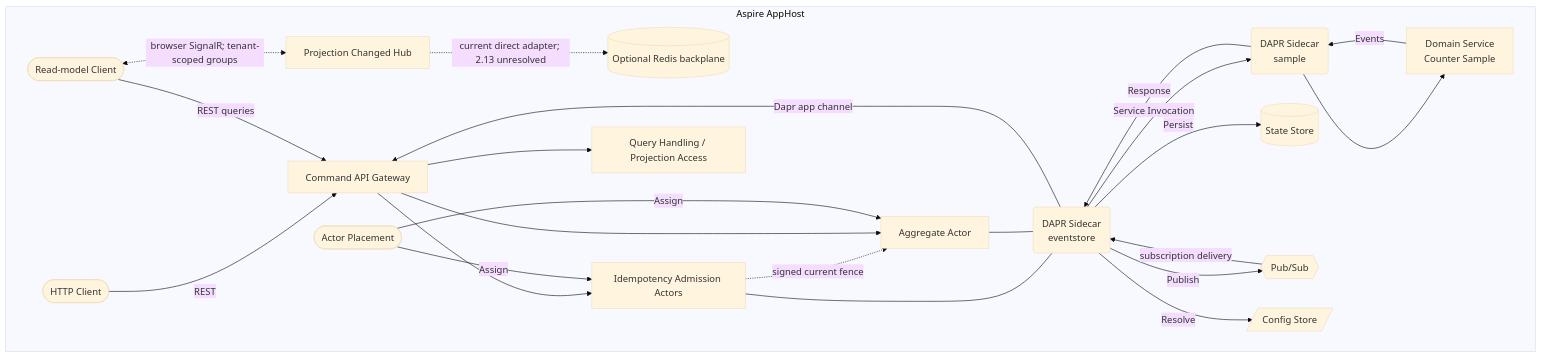
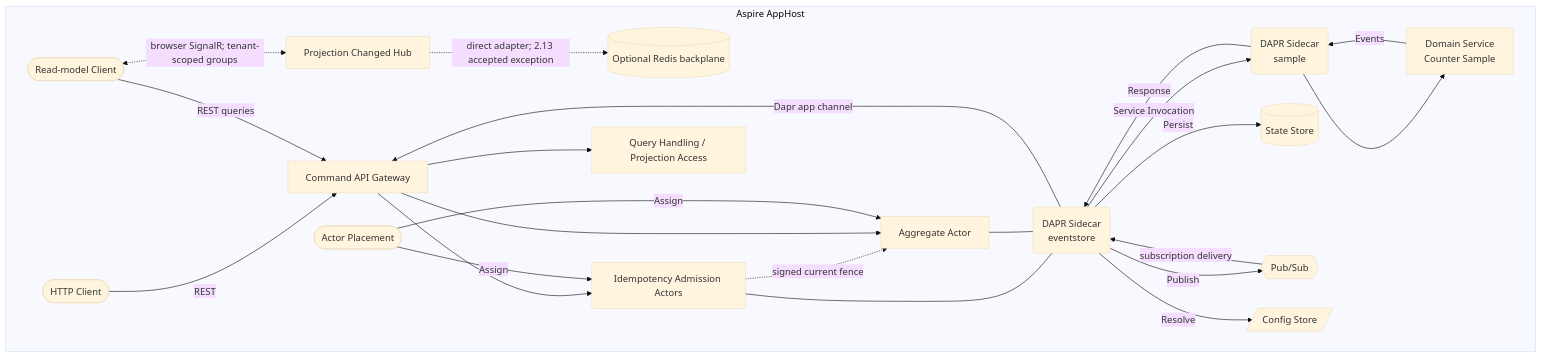
The first of 2 diagrams in docs/concepts/architecture-overview.md (Hexalith/Hexalith.EventStore), drawn with Mermaid (base theme) before and after one commit. The commit also changed other lines of this file and 10 other files, not shown here.

First line of the commit message:
docs(signalr): accept scoped Redis backplane exception for story 2.13

````diff
--- a/docs/concepts/architecture-overview.md
+++ b/docs/concepts/architecture-overview.md
@@ -19,40 +19,40 @@
 ```mermaid
 flowchart TB
     Client([HTTP Client])
     ReadClient([Read-model Client])
 
     subgraph AppHost["Aspire AppHost"]
         EventStore[Command API Gateway]
         CmdSidecar(DAPR Sidecar<br/>eventstore)
         Sample[Domain Service<br/>Counter Sample]
         SampleSidecar(DAPR Sidecar<br/>sample)
         Admission[Idempotency Admission Actors]
         Actor[Aggregate Actor]
         Query[Query Handling / Projection Access]
         SignalRHub[Projection Changed Hub]
         RedisBackplane[(Optional Redis backplane)]
         Placement([Actor Placement])
 
         Client -->|REST| EventStore
         ReadClient -->|REST queries| EventStore
         ReadClient <-.->|browser SignalR; tenant-scoped groups| SignalRHub
-        SignalRHub -.->|current direct adapter; 2.13 unresolved| RedisBackplane
+        SignalRHub -.->|direct adapter; 2.13 accepted exception| RedisBackplane
         EventStore --> Admission
         Admission -. signed current fence .-> Actor
         EventStore --> Actor
         EventStore --> Query
         Admission --- CmdSidecar
         Actor --- CmdSidecar
         CmdSidecar -->|Service Invocation| SampleSidecar
         SampleSidecar --> Sample
         Sample -->|Events| SampleSidecar
         SampleSidecar -->|Response| CmdSidecar
         CmdSidecar -->|Persist| StateStore[(State Store)]
         CmdSidecar -->|Publish| PubSub{{Pub/Sub}}
         PubSub -->|subscription delivery| CmdSidecar
         CmdSidecar -->|Dapr app channel| EventStore
         CmdSidecar -->|Resolve| ConfigStore[/Config Store/]
         Placement -->|Assign| Admission
         Placement -->|Assign| Actor
     end
 ```
````
